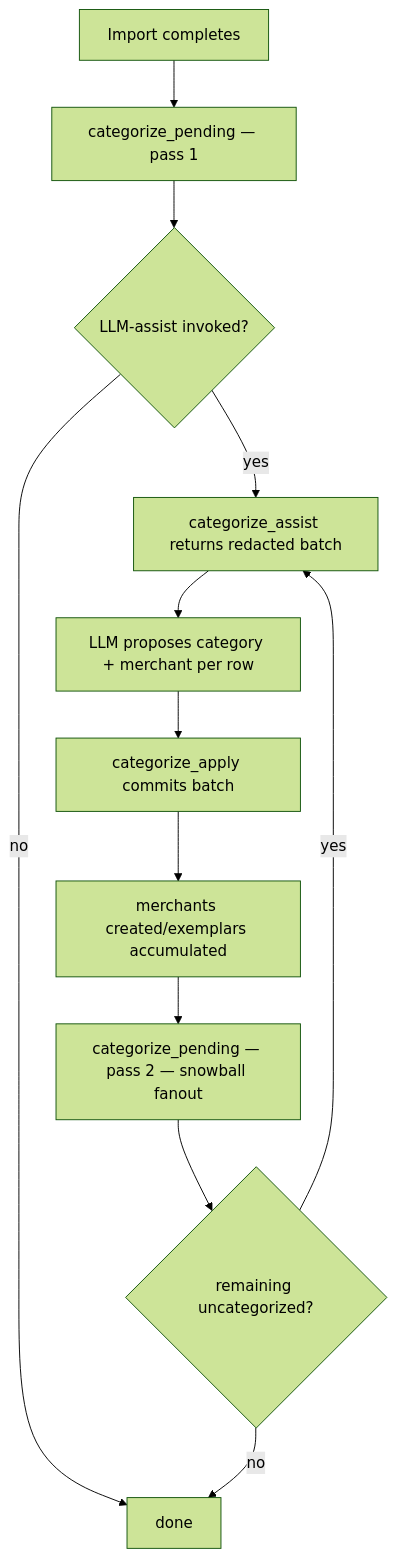
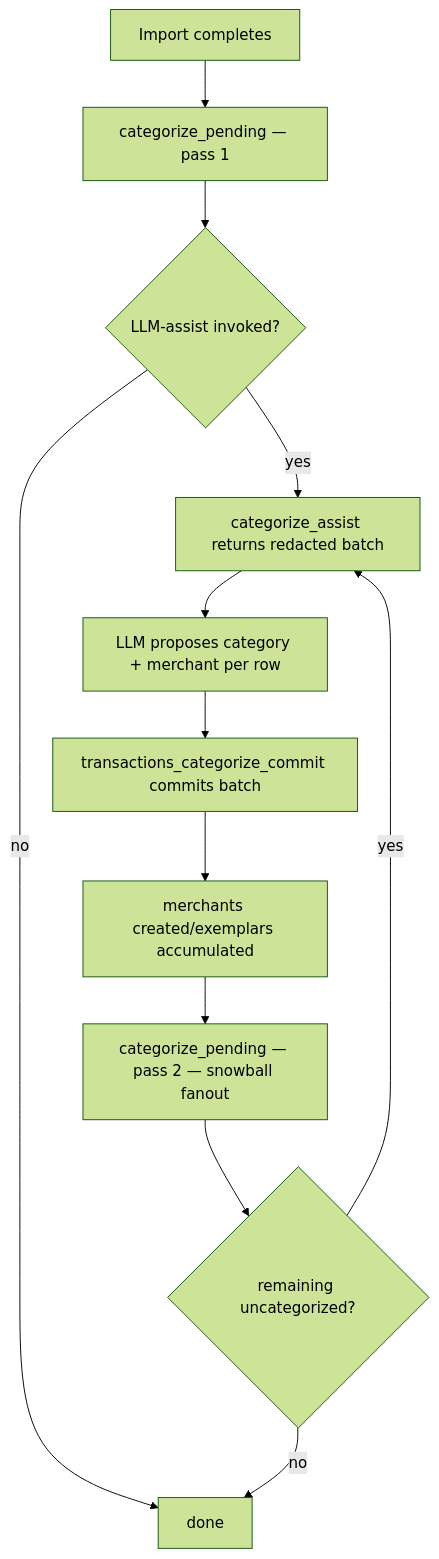
Before and after one commit to bsaffel/moneybin: the second of 2 diagrams in docs/specs/categorization-matching-mechanics.md, drawn with Mermaid (forest theme). The commit also changed other lines of this file and 43 other files, not shown here.

````diff
--- a/docs/specs/categorization-matching-mechanics.md
+++ b/docs/specs/categorization-matching-mechanics.md
@@ -246,14 +246,14 @@
 ```mermaid
 flowchart TD
     A[Import completes] --> B[categorize_pending — pass 1]
     B --> C{LLM-assist invoked?}
     C -->|no| END[done]
     C -->|yes| D[categorize_assist returns redacted batch]
     D --> E[LLM proposes category + merchant per row]
-    E --> F[categorize_apply commits batch]
+    E --> F[transactions_categorize_commit commits batch]
     F --> G[merchants created/exemplars accumulated]
     G --> H[categorize_pending — pass 2 — snowball fanout]
     H --> I{remaining uncategorized?}
     I -->|yes| D
     I -->|no| END
 ```
````
